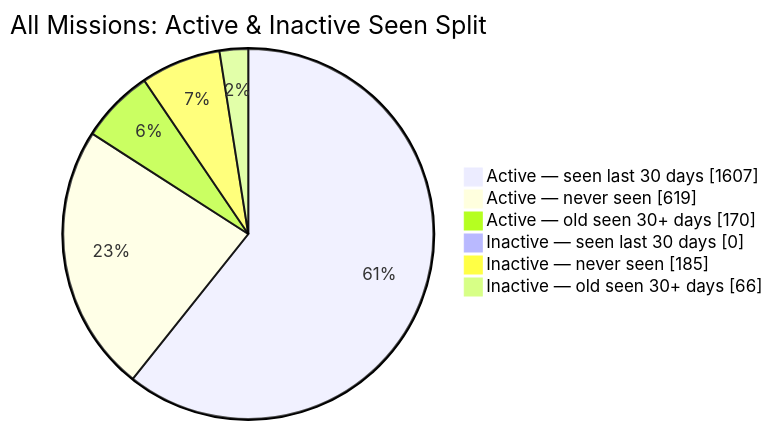
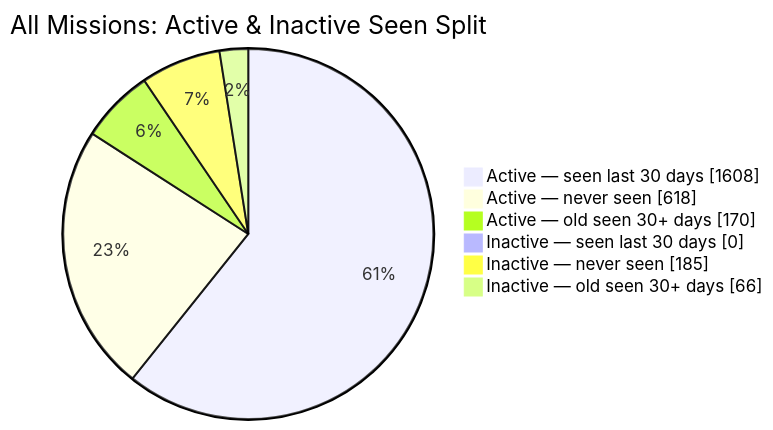
The second of 2 diagrams in README.md (MeldkamerspelGameTeam/active-missions), drawn with Mermaid before and after one commit. The commit also changed other lines of this file and 2 other files, not shown here.

````diff
--- a/README.md
+++ b/README.md
@@ -44,10 +44,10 @@
 ```mermaid
 pie showData
     title All Missions: Active & Inactive Seen Split
-    "Active — seen last 30 days" : 1607
-    "Active — never seen" : 619
+    "Active — seen last 30 days" : 1608
+    "Active — never seen" : 618
     "Active — old seen 30+ days" : 170
     "Inactive — seen last 30 days" : 0
     "Inactive — never seen" : 185
     "Inactive — old seen 30+ days" : 66
 ```
````
